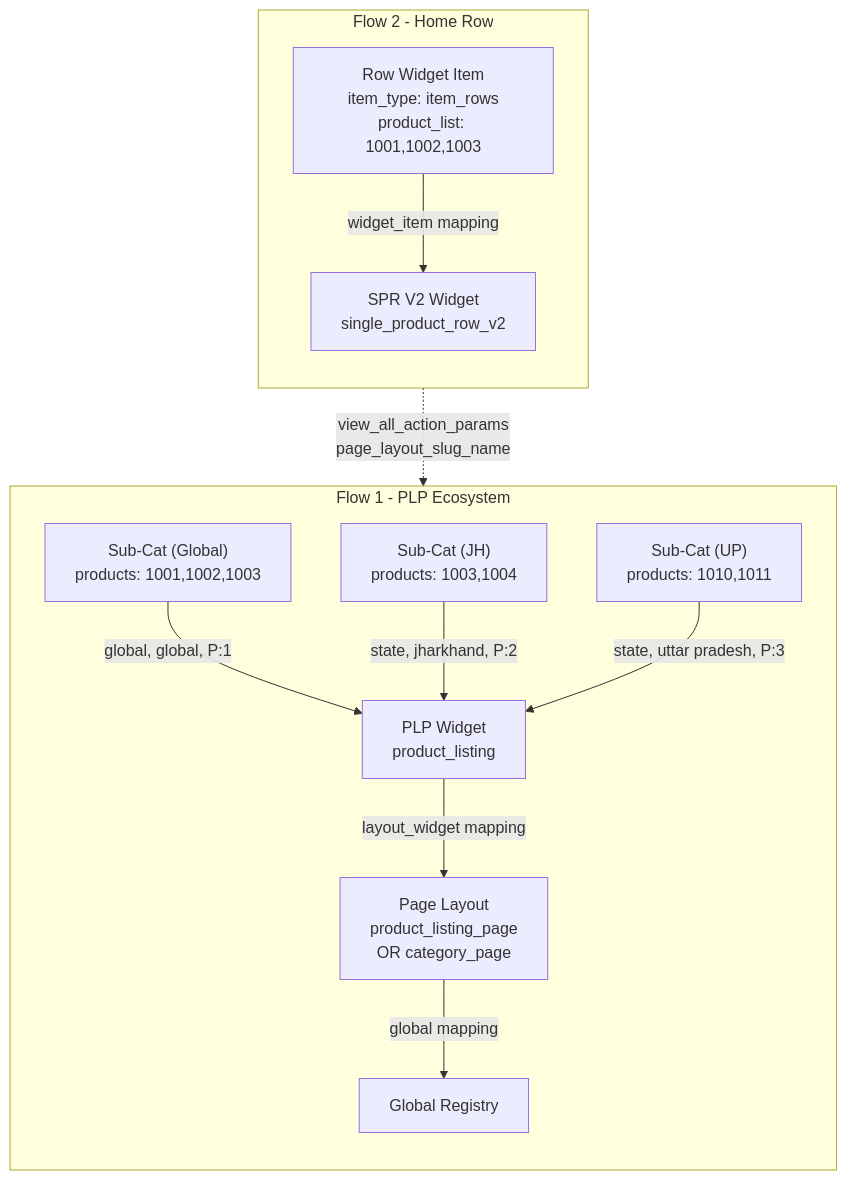
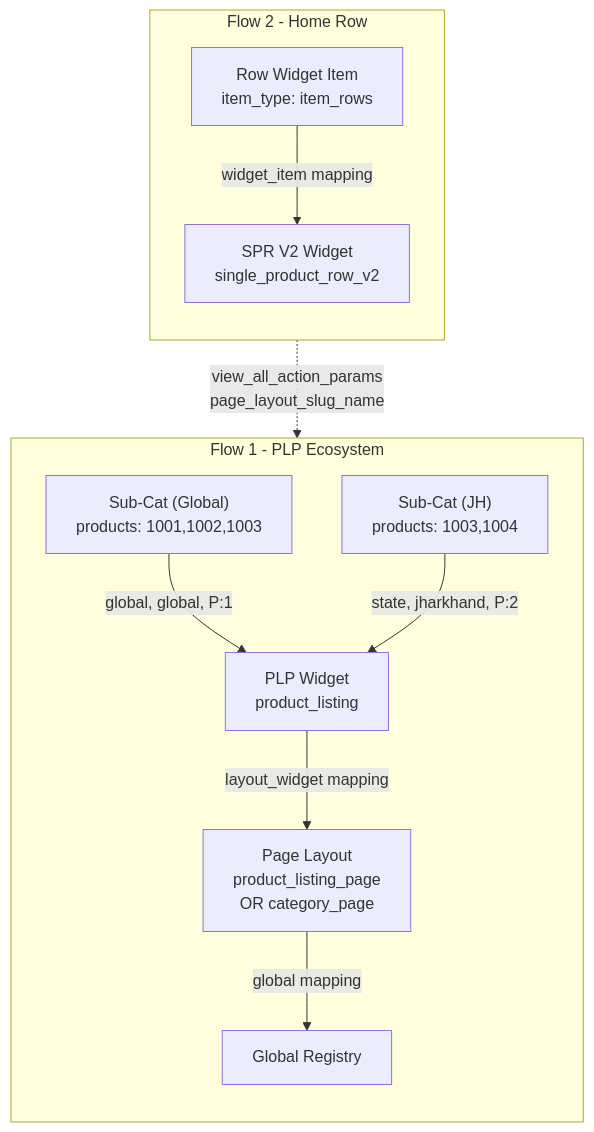
The seventh of 8 diagrams in wiki/PLP-PAGE-widget-support.md (satyamgupta1312/Optimus), drawn with Mermaid before and after one commit. The commit also changed other lines of this file and 10 other files, not shown here.

First line of the commit message:
sync: config-wiki sync + PLP page widget support rewrite

````diff
--- a/wiki/PLP-PAGE-widget-support.md
+++ b/wiki/PLP-PAGE-widget-support.md
@@ -265,29 +377,27 @@
 ```mermaid
 flowchart TD
     subgraph Flow 1 - PLP Ecosystem
         direction TB
         SC_G["Sub-Cat (Global)\nproducts: 1001,1002,1003"]
         SC_JH["Sub-Cat (JH)\nproducts: 1003,1004"]
-        SC_UP["Sub-Cat (UP)\nproducts: 1010,1011"]
-        
+
         PLP[PLP Widget\nproduct_listing]
         Page["Page Layout\nproduct_listing_page\nOR category_page"]
 
         SC_G -->|"global, global, P:1"| PLP
         SC_JH -->|"state, jharkhand, P:2"| PLP
-        SC_UP -->|"state, uttar pradesh, P:3"| PLP
-        
+
         PLP -->|layout_widget mapping| Page
         Page -->|global mapping| Global[Global Registry]
     end
 
     subgraph Flow 2 - Home Row
         direction TB
-        RI["Row Widget Item\nitem_type: item_rows\nproduct_list: 1001,1002,1003"]
+        RI["Row Widget Item\nitem_type: item_rows"]
         SPR["SPR V2 Widget\nsingle_product_row_v2"]
 
         RI -->|widget_item mapping| SPR
     end
 
     SPR -.->|"view_all_action_params\npage_layout_slug_name"| Page
 ```
````
